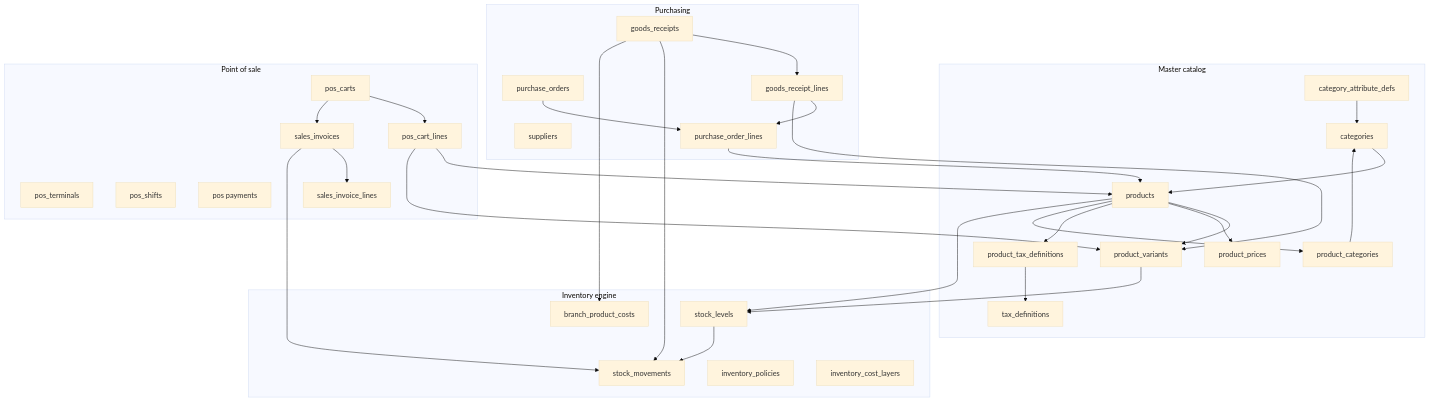
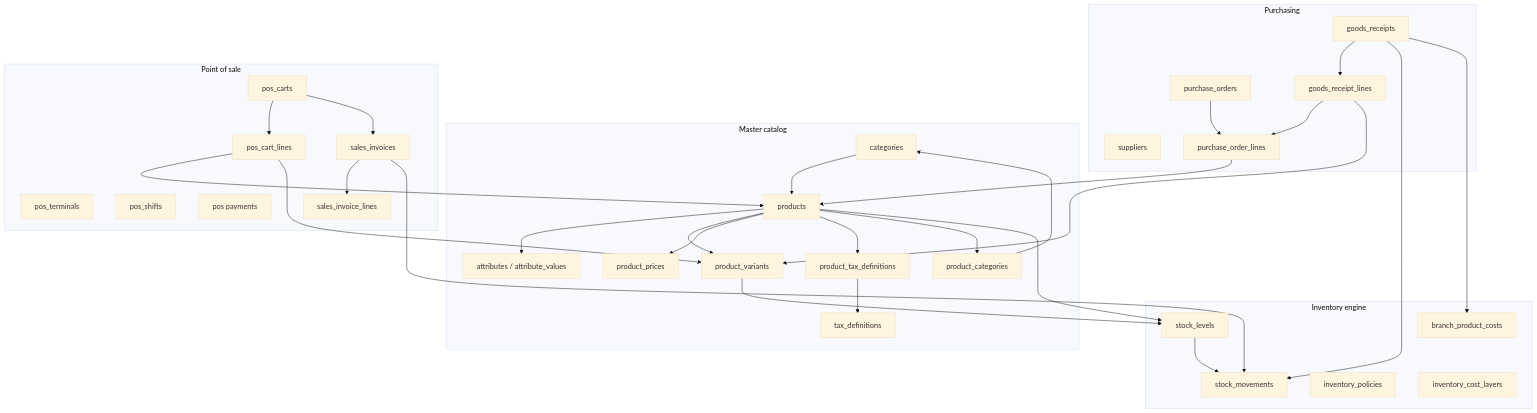
Before and after one commit to 2211845398/Mezan: the first of 4 diagrams in docs/CATALOG_INVENTORY_PURCHASING_AND_POS.md, drawn with Mermaid (base theme). The commit also changed other lines of this file and 251 other files, not shown here.

````diff
--- a/docs/CATALOG_INVENTORY_PURCHASING_AND_POS.md
+++ b/docs/CATALOG_INVENTORY_PURCHASING_AND_POS.md
@@ -19,61 +21,61 @@
 ```mermaid
 flowchart TB
   subgraph catalog [Master catalog]
     CAT[categories]
-    CAD[category_attribute_defs]
+    ATTR[attributes / attribute_values]
     PRD[products]
     PV[product_variants]
     PP[product_prices]
     TD[tax_definitions]
     PTD[product_tax_definitions]
     PC[product_categories]
   end
 
   subgraph inventory [Inventory engine]
     SL[stock_levels]
     SM[stock_movements]
     BPC[branch_product_costs]
     IP[inventory_policies]
     ICL[inventory_cost_layers]
   end
 
   subgraph purchasing [Purchasing]
     SUP[suppliers]
     PO[purchase_orders]
     POL[purchase_order_lines]
     GR[goods_receipts]
     GRL[goods_receipt_lines]
   end
 
   subgraph pos [Point of sale]
     TERM[pos_terminals]
     SHIFT[pos_shifts]
     CART[pos_carts]
     CL[pos_cart_lines]
     PAY[pos payments]
     INV[sales_invoices]
     SIL[sales_invoice_lines]
   end
 
   CAT --> PRD
-  CAD --> CAT
+  PRD --> ATTR
   PRD --> PV
   PRD --> PP
   PRD --> PTD --> TD
   PRD --> PC --> CAT
 
   PO --> POL --> PRD
   GR --> GRL --> POL
   GRL --> PV
   GR --> SM
   GR --> BPC
 
   PRD --> SL
   PV --> SL
   SL --> SM
 
   CART --> CL --> PRD
   CL --> PV
   CART --> INV --> SIL
   INV --> SM
 ```
````
